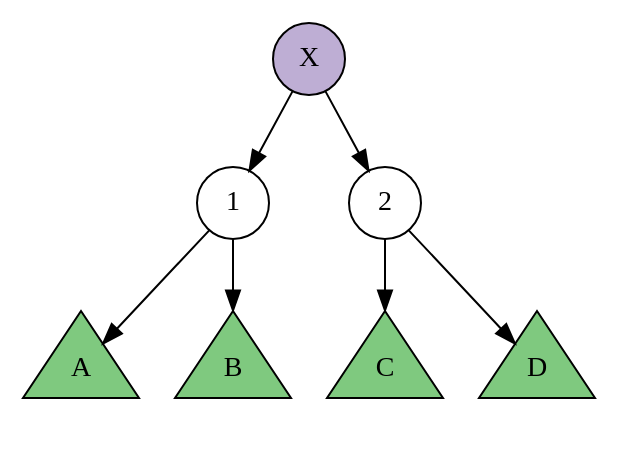
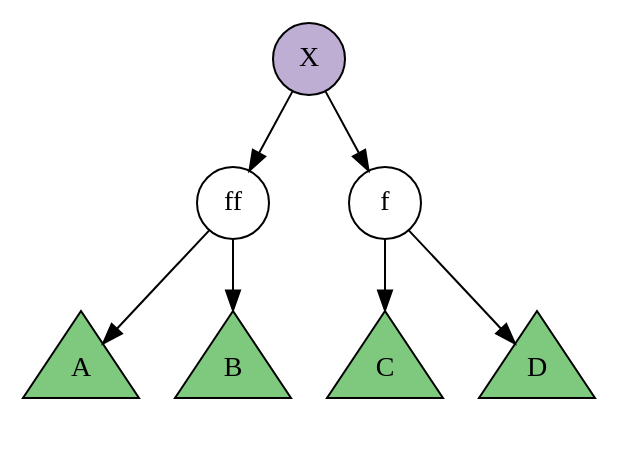
The diagram in project/splay-rotate-3-1/3.dot (rbookr/Data-Structure-Animation), drawn with Graphviz before and after one commit. The commit also changed 11 other files, not shown here.

```diff
--- a/project/splay-rotate-3-1/3.dot
+++ b/project/splay-rotate-3-1/3.dot
@@ -1,12 +1,14 @@
 digraph zigzag{
     node[shape=circle fixedsize=true style=filled fillcolor=white colorscheme=accent8 ];
     X->1;
     1->A;
     2->C;
     2->D;
     1->B;
     X->2;
    
     A,B,C,D[shape=triangle height=0.8 width=0.8 fillcolor="1"];
     X[fillcolor="2"]
+    2[label="f"];
+    1[label="ff"];
 }
```
